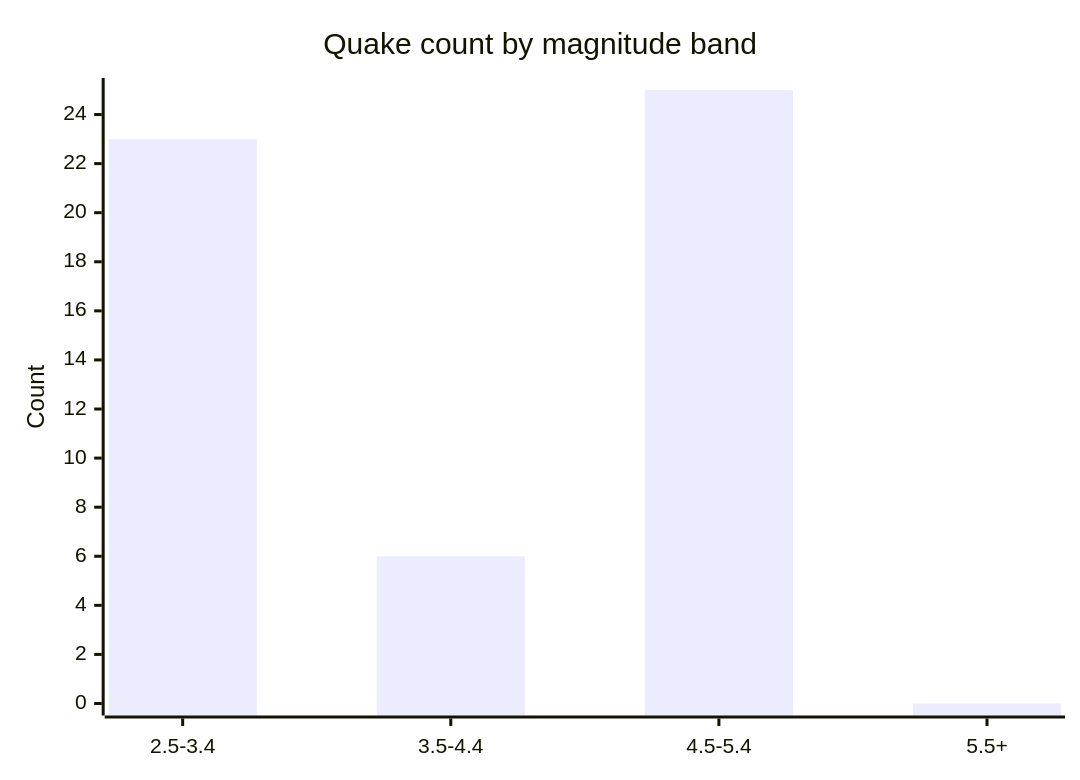
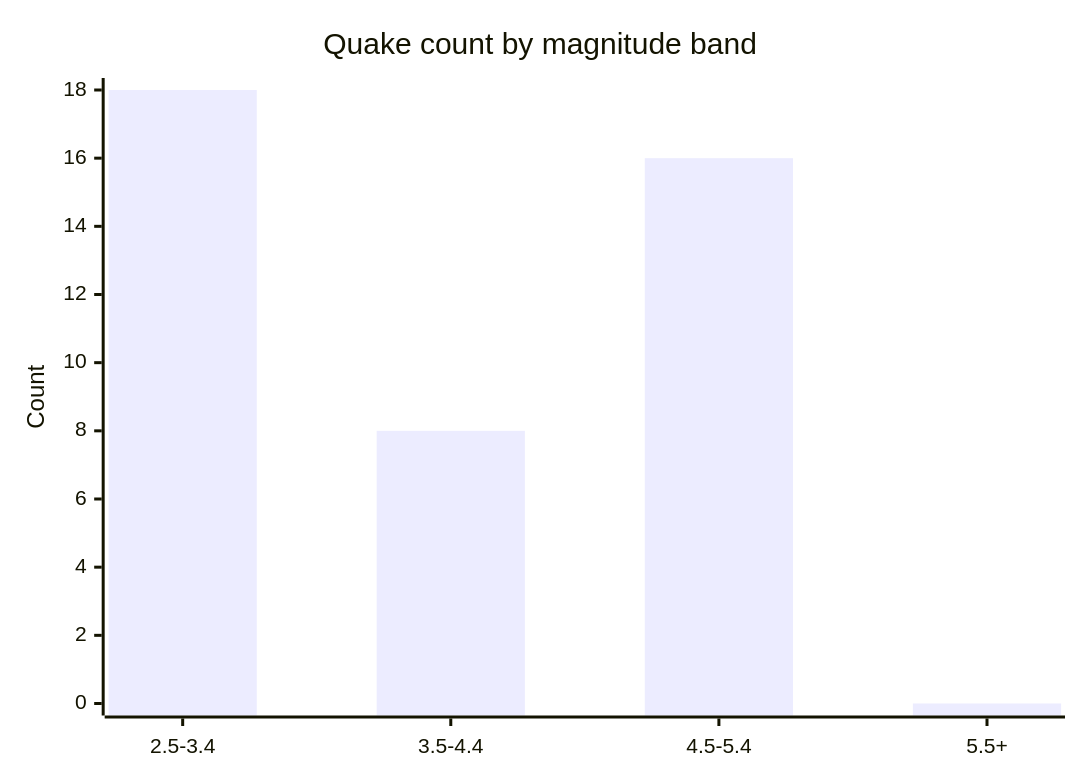
Before and after one commit to Midwest-Stratospheric/aerostratospheric-defense-gir: the fifth of 6 diagrams in docs/GRAPHS.md, drawn with Mermaid. The commit also changed other lines of this file and 23 other files, not shown here.

````diff
--- a/docs/GRAPHS.md
+++ b/docs/GRAPHS.md
@@ -82,7 +82,7 @@
 ```mermaid
 xychart-beta
   title "Quake count by magnitude band"
   x-axis ["2.5-3.4", "3.5-4.4", "4.5-5.4", "5.5+"]
-  y-axis "Count" 0 --> 25
-  bar [23, 6, 25, 0]
+  y-axis "Count" 0 --> 18
+  bar [18, 8, 16, 0]
 ```
````
